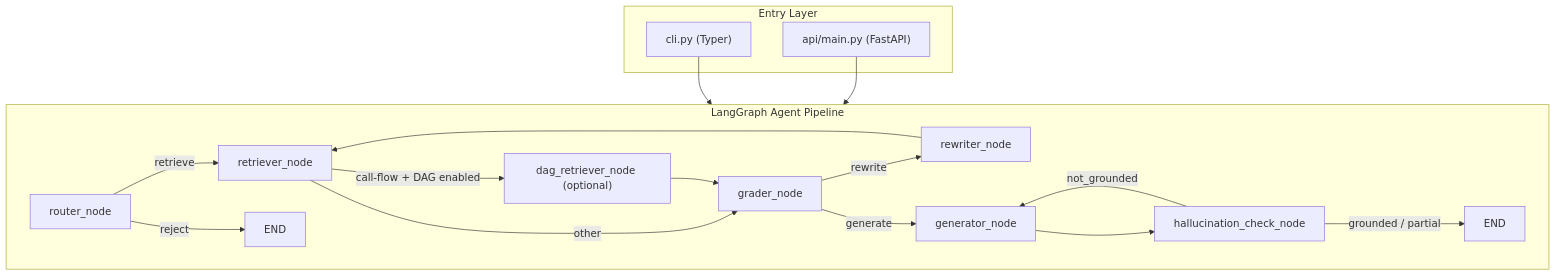
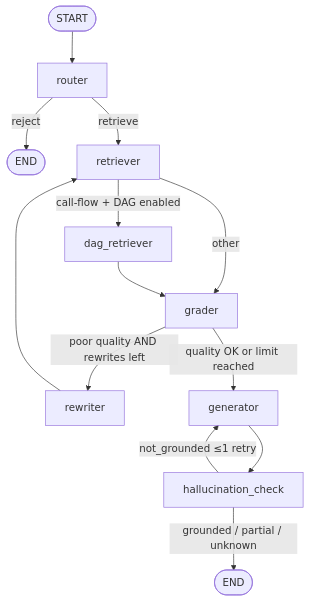
The first of 5 diagrams in docs/developer-guide.md (skapoula/specagent), drawn with Mermaid before and after one commit. The commit also changed other lines of this file and 2 other files, not shown here.

````diff
--- a/docs/developer-guide.md
+++ b/docs/developer-guide.md
@@ -7,33 +46,19 @@
-```mermaid
-graph TD
-    subgraph Entry["Entry Layer"]
-        CLI["cli.py (Typer)"]
-        API["api/main.py (FastAPI)"]
-    end
+```{mermaid}
+flowchart TD
+    START([START]) --> router
 
-    subgraph Pipeline["LangGraph Agent Pipeline"]
-        direction LR
-        Router["router_node"]
-        Retriever["retriever_node"]
-        DagRetriever["dag_retriever_node (optional)"]
-        Grader["grader_node"]
-        Rewriter["rewriter_node"]
-        Generator["generator_node"]
-        Hallucination["hallucination_check_node"]
+    router -->|reject| END1([END])
+    router -->|retrieve| retriever
 
-        Router -->|retrieve| Retriever
-        Router -->|reject| END1["END"]
-        Retriever -->|call-flow + DAG enabled| DagRetriever
-        Retriever -->|other| Grader
-        DagRetriever --> Grader
-        Grader -->|rewrite| Rewriter
-        Rewriter --> Retriever
-        Grader -->|generate| Generator
-        Generator --> Hallucination
-        Hallucination -->|not_grounded| Generator
-        Hallucination -->|grounded / partial| END2["END"]
-    end
+    retriever -->|call-flow + DAG enabled| dag_retriever
+    retriever -->|other| grader
+    dag_retriever --> grader
 
-    CLI --> Pipeline
-    API --> Pipeline
+    grader -->|poor quality AND rewrites left| rewriter
+    grader -->|quality OK or limit reached| generator
+    rewriter --> retriever
+
+    generator --> hallucination_check
+    hallucination_check -->|not_grounded ≤1 retry| generator
+    hallucination_check -->|grounded / partial / unknown| END2([END])
 ```
````
